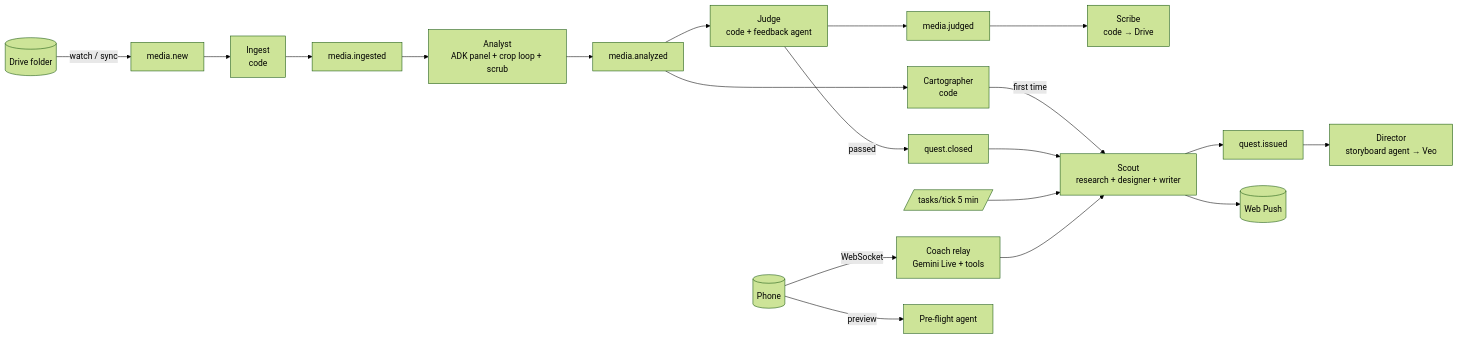
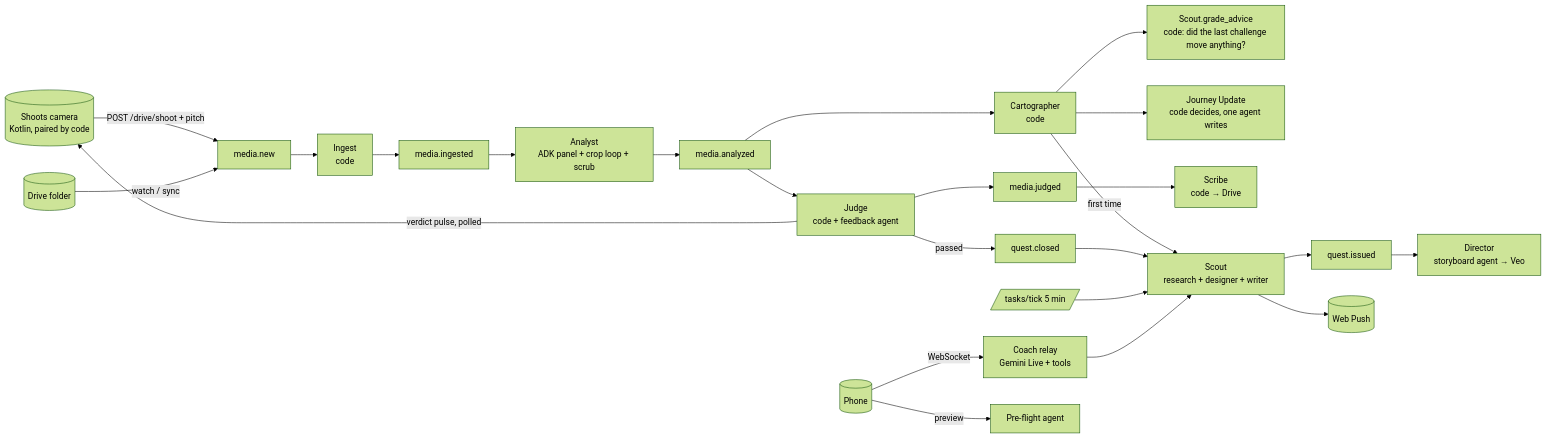
One commit to fikri2992/shoots changed the first of 2 diagrams in docs/agents.md. Above: the diagram before and after it, drawn with Mermaid (forest theme). The commit also changed other lines of this file and 2 other files, not shown here.

````diff
--- a/docs/agents.md
+++ b/docs/agents.md
@@ -30,22 +39,26 @@
 ```mermaid
 flowchart LR
+  CAM[(Shoots camera<br/>Kotlin, paired by code)] -->|POST /drive/shoot + pitch| NEW
   D[(Drive folder)] -->|watch / sync| NEW[media.new]
   NEW --> ING[Ingest<br/>code]
   ING --> INGD[media.ingested]
   INGD --> AN[Analyst<br/>ADK panel + crop loop + scrub]
   AN --> ANZ[media.analyzed]
   ANZ --> CART[Cartographer<br/>code]
+  CART --> GRADE[Scout.grade_advice<br/>code: did the last challenge move anything?]
+  CART --> JU[Journey Update<br/>code decides, one agent writes]
   ANZ --> JUD[Judge<br/>code + feedback agent]
   JUD --> JUDG[media.judged]
   JUDG --> SCR[Scribe<br/>code → Drive]
   JUD -->|passed| QC[quest.closed]
   CART -->|first time| SC
   QC --> SC[Scout<br/>research + designer + writer]
   TICK[/tasks/tick 5 min/] --> SC
   SC --> QI[quest.issued]
   QI --> DIR[Director<br/>storyboard agent → Veo]
   SC --> PUSH[(Web Push)]
+  JUD -->|verdict pulse, polled| CAM
   PH[(Phone)] -->|WebSocket| COACH[Coach relay<br/>Gemini Live + tools]
   COACH --> SC
   PH -->|preview| PRE[Pre-flight agent]
 ```
````
